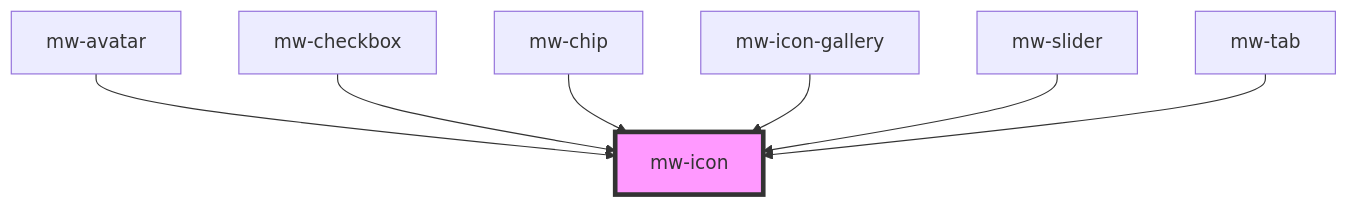
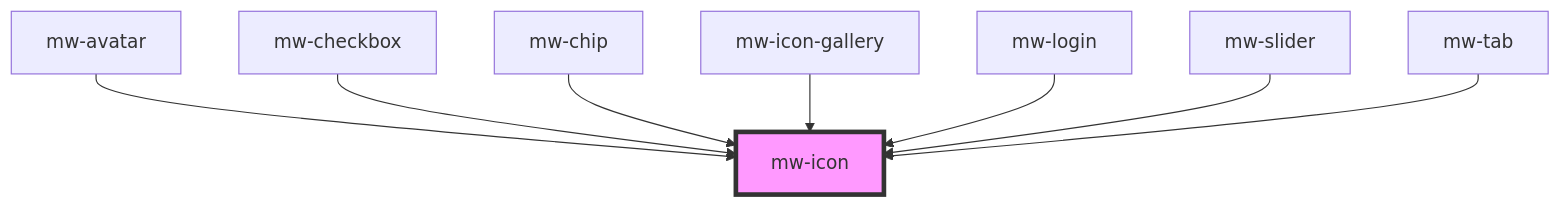
The diagram in mwui-stencil/src/components/mw-icon/readme.md (MaibornWolff/mwui), drawn with Mermaid before and after one commit. The commit also changed other lines of this file and 22 other files, not shown here.

````diff
--- a/mwui-stencil/src/components/mw-icon/readme.md
+++ b/mwui-stencil/src/components/mw-icon/readme.md
@@ -28,10 +29,11 @@
 ```mermaid
 graph TD;
   mw-avatar --> mw-icon
   mw-checkbox --> mw-icon
   mw-chip --> mw-icon
   mw-icon-gallery --> mw-icon
+  mw-login --> mw-icon
   mw-slider --> mw-icon
   mw-tab --> mw-icon
   style mw-icon fill:#f9f,stroke:#333,stroke-width:4px
 ```
````
